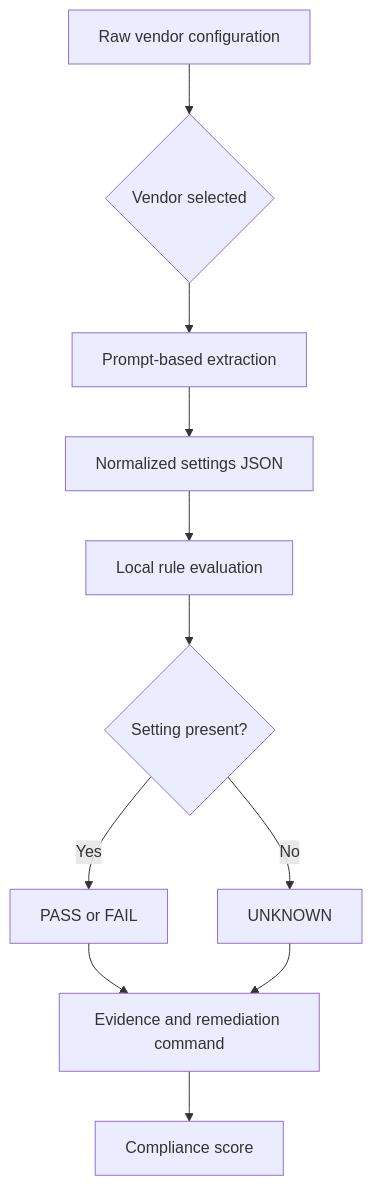
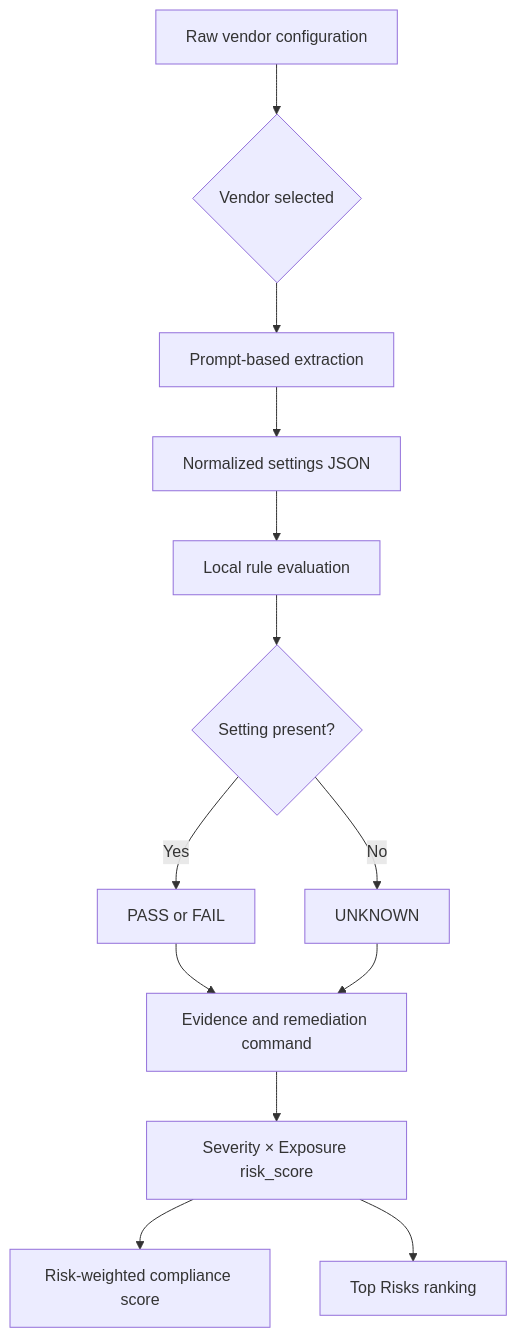
The third of 4 diagrams in README.md (Nitin-1947/prototype), drawn with Mermaid before and after one commit. The commit also changed other lines of this file, not shown here.

````diff
--- a/README.md
+++ b/README.md
@@ -77,13 +149,15 @@
 ```mermaid
 flowchart TD
    A[Raw vendor configuration] --> B{Vendor selected}
    B --> C[Prompt-based extraction]
    C --> D[Normalized settings JSON]
    D --> E[Local rule evaluation]
    E --> F{Setting present?}
    F -->|Yes| G[PASS or FAIL]
    F -->|No| H[UNKNOWN]
    G --> I[Evidence and remediation command]
    H --> I
-   I --> J[Compliance score]
+   I --> K[Severity × Exposure risk_score]
+   K --> J[Risk-weighted compliance score]
+   K --> L[Top Risks ranking]
 ```
````
